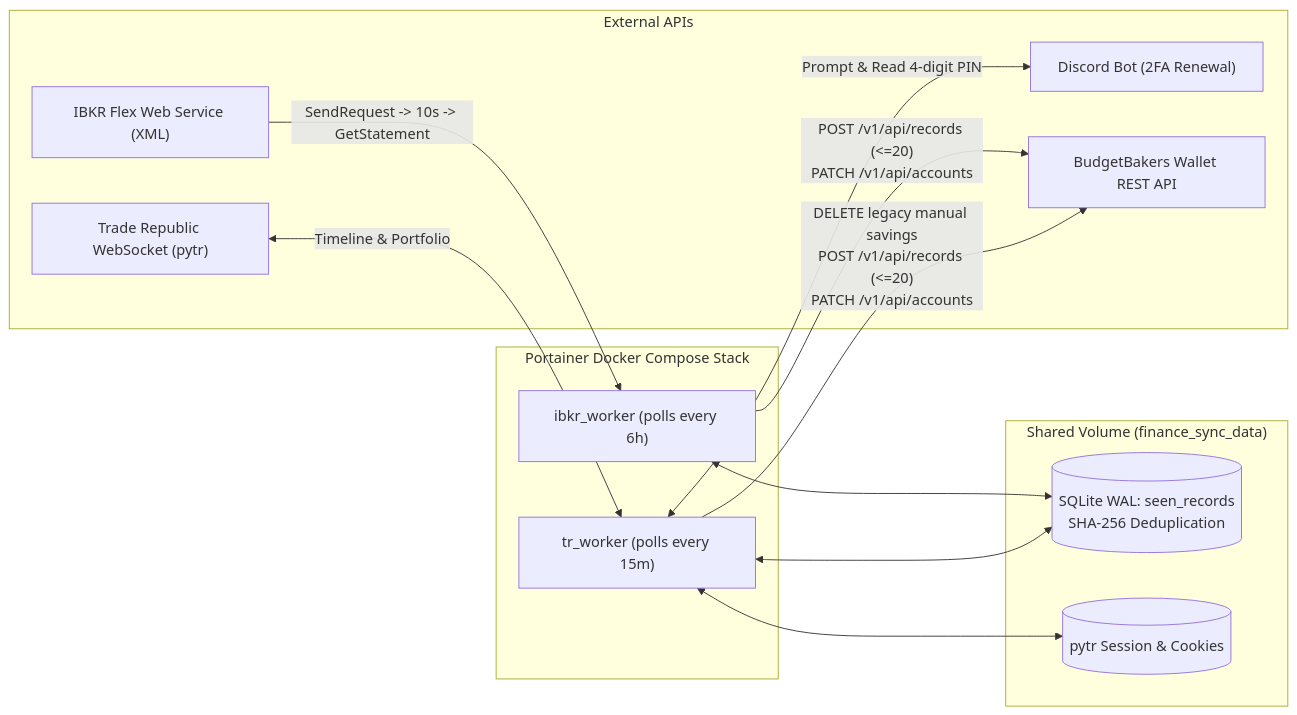
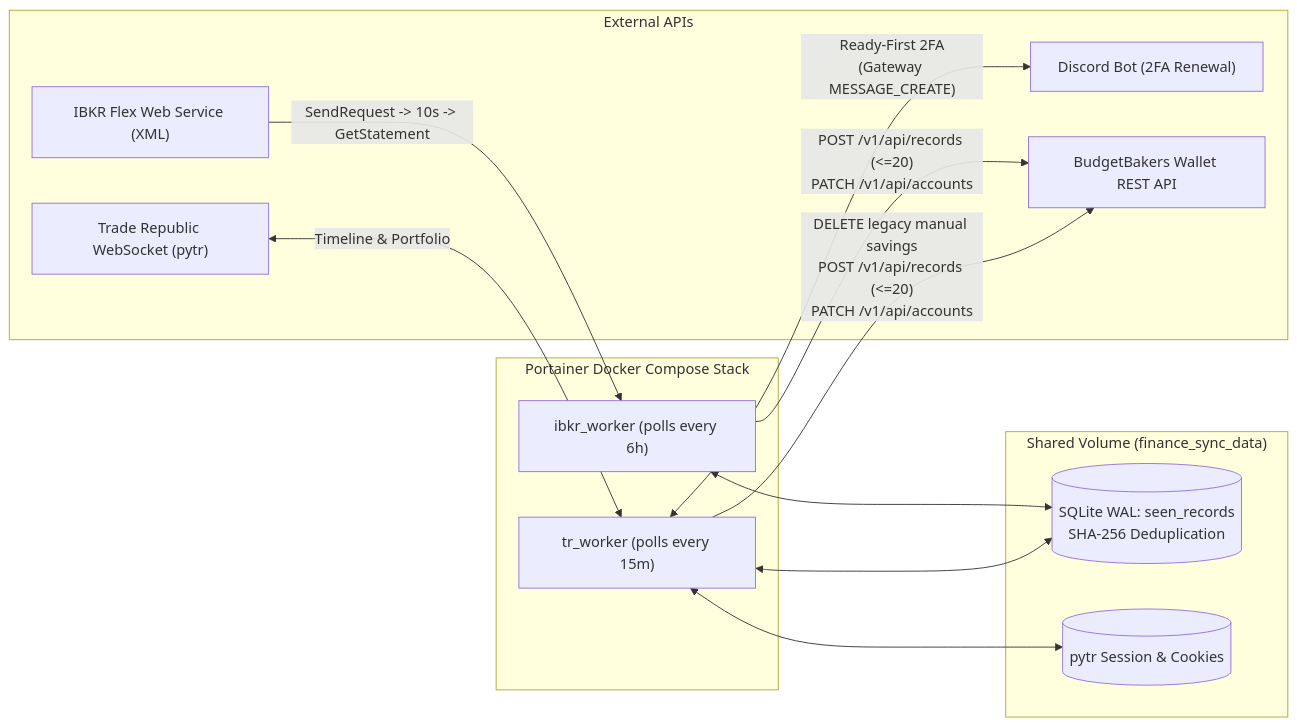
One commit to mevljas/finance-sync changed the diagram in README.md. Above: the diagram before and after it, drawn with Mermaid. The commit also changed other lines of this file and 16 other files, not shown here.

Commit message:
feat: switch Trade Republic 2FA to ready-first Discord Gateway WebSocket listener

````diff
--- a/README.md
+++ b/README.md
@@ -11,28 +11,28 @@
 ```mermaid
 flowchart LR
     subgraph External["External APIs"]
         IBKR["IBKR Flex Web Service (XML)"]
         TR["Trade Republic WebSocket (pytr)"]
         DISC["Discord Bot (2FA Renewal)"]
         BB["BudgetBakers Wallet REST API"]
     end
 
     subgraph Containers["Portainer Docker Compose Stack"]
         IW["ibkr_worker (polls every 6h)"]
         TW["tr_worker (polls every 15m)"]
     end
 
     subgraph Shared["Shared Volume (finance_sync_data)"]
         DB[("SQLite WAL: seen_records\nSHA-256 Deduplication")]
         SESS[("pytr Session & Cookies")]
     end
 
     IBKR -->|"SendRequest -> 10s -> GetStatement"| IW
     TR <-->|"Timeline & Portfolio"| TW
-    TW <-->|"Prompt & Read 4-digit PIN"| DISC
+    TW <-->|"Ready-First 2FA\n(Gateway MESSAGE_CREATE)"| DISC
     TW <--> SESS
     IW <--> DB
     TW <--> DB
     IW -->|"POST /v1/api/records (<=20)\nPATCH /v1/api/accounts"| BB
     TW -->|"DELETE legacy manual savings\nPOST /v1/api/records (<=20)\nPATCH /v1/api/accounts"| BB
 ```
````
